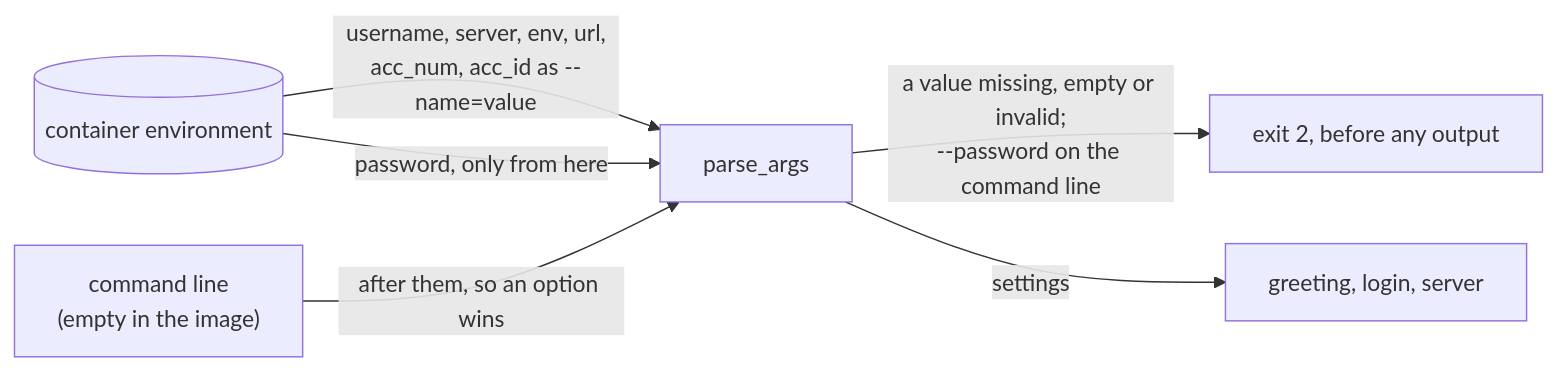
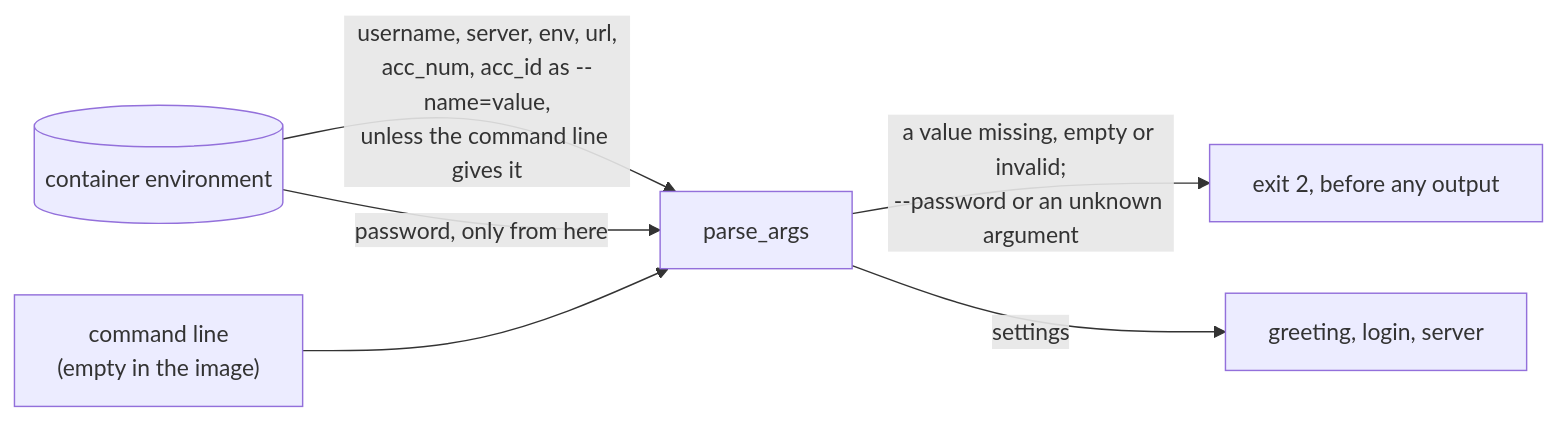
The diagram in docs/adr/0018-read-the-settings-from-the-environment.md (Akinzou/TradeLockerBot), drawn with Mermaid before and after one commit. The commit also changed other lines of this file and 7 other files, not shown here.

First line of the commit message:
fix: refuse unknown arguments unshown; let an option replace its variable

````diff
--- a/docs/adr/0018-read-the-settings-from-the-environment.md
+++ b/docs/adr/0018-read-the-settings-from-the-environment.md
@@ -49,8 +49,8 @@
 ```mermaid
 flowchart LR
-    ENV[(container environment)] -- "username, server, env, url,<br/>acc_num, acc_id as --name=value" --> P[parse_args]
-    ARGV["command line<br/>(empty in the image)"] -- "after them, so an option wins" --> P
+    ENV[(container environment)] -- "username, server, env, url,<br/>acc_num, acc_id as --name=value,<br/>unless the command line gives it" --> P[parse_args]
+    ARGV["command line<br/>(empty in the image)"] --> P
     ENV -- "password, only from here" --> P
-    P -- "a value missing, empty or invalid;<br/>--password on the command line" --> STOP["exit 2, before any output"]
+    P -- "a value missing, empty or invalid;<br/>--password or an unknown argument" --> STOP["exit 2, before any output"]
     P -- settings --> START["greeting, login, server"]
 ```
````
